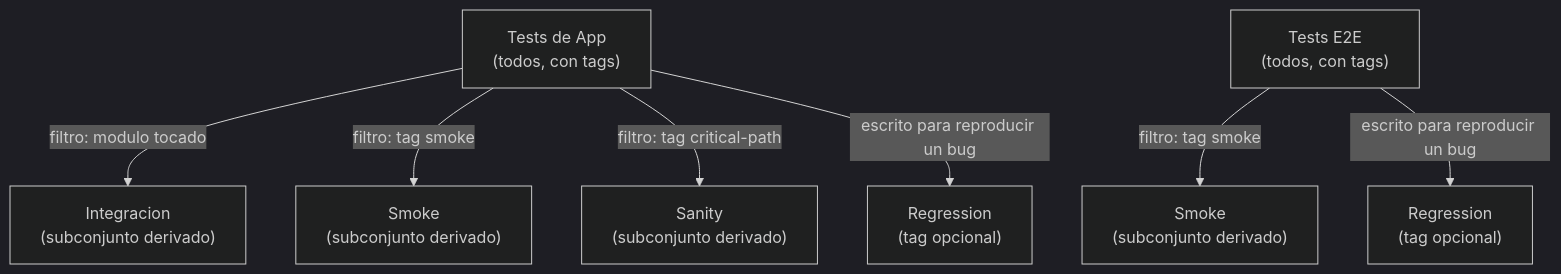
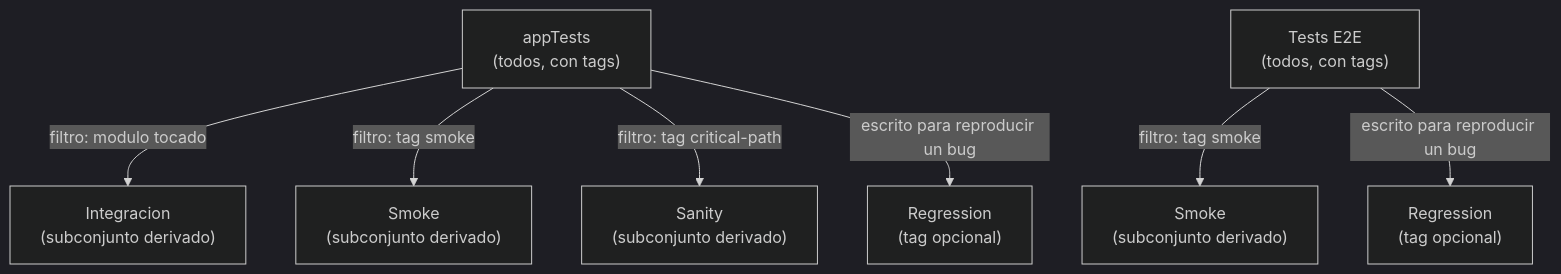
The seventh of 10 diagrams in docs/execution/red.md (virgenherrera/idea-to-mvp), drawn with Mermaid (dark theme) before and after one commit. The commit also changed other lines of this file and 30 other files, not shown here.

````diff
--- a/docs/execution/red.md
+++ b/docs/execution/red.md
@@ -426,12 +451,12 @@
 ```mermaid
 flowchart TD
-    APP["Tests de App\n(todos, con tags)"]
+    APP["appTests\n(todos, con tags)"]
     E2E["Tests E2E\n(todos, con tags)"]
 
     APP -->|"filtro: modulo tocado"| INT["Integracion\n(subconjunto derivado)"]
     APP -->|"filtro: tag smoke"| SMOKE_APP["Smoke\n(subconjunto derivado)"]
     E2E -->|"filtro: tag smoke"| SMOKE_E2E["Smoke\n(subconjunto derivado)"]
     APP -->|"filtro: tag critical-path"| SANITY["Sanity\n(subconjunto derivado)"]
     APP -->|"escrito para reproducir un bug"| REG_APP["Regression\n(tag opcional)"]
     E2E -->|"escrito para reproducir un bug"| REG_E2E["Regression\n(tag opcional)"]
 ```
````
